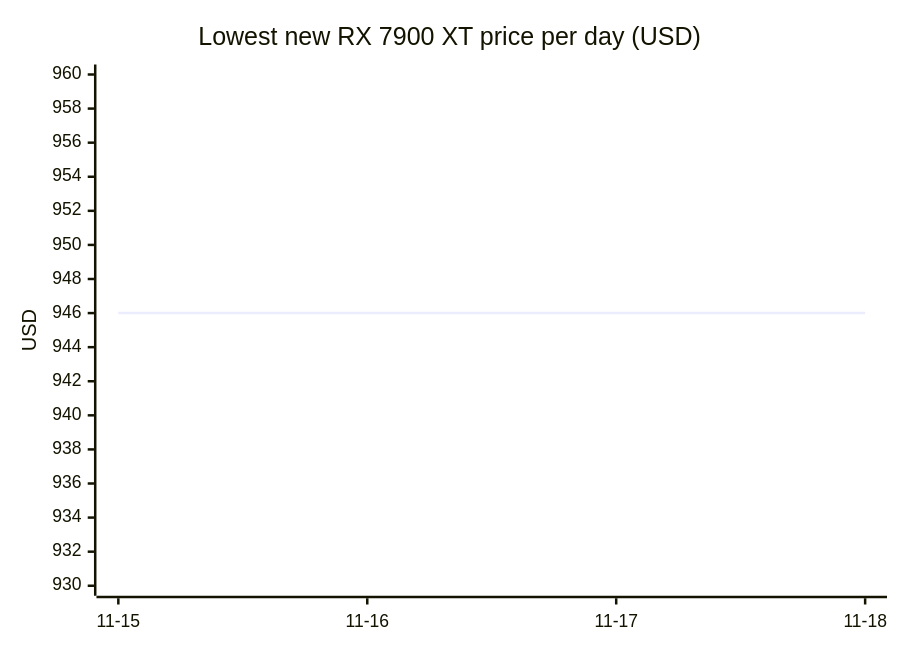
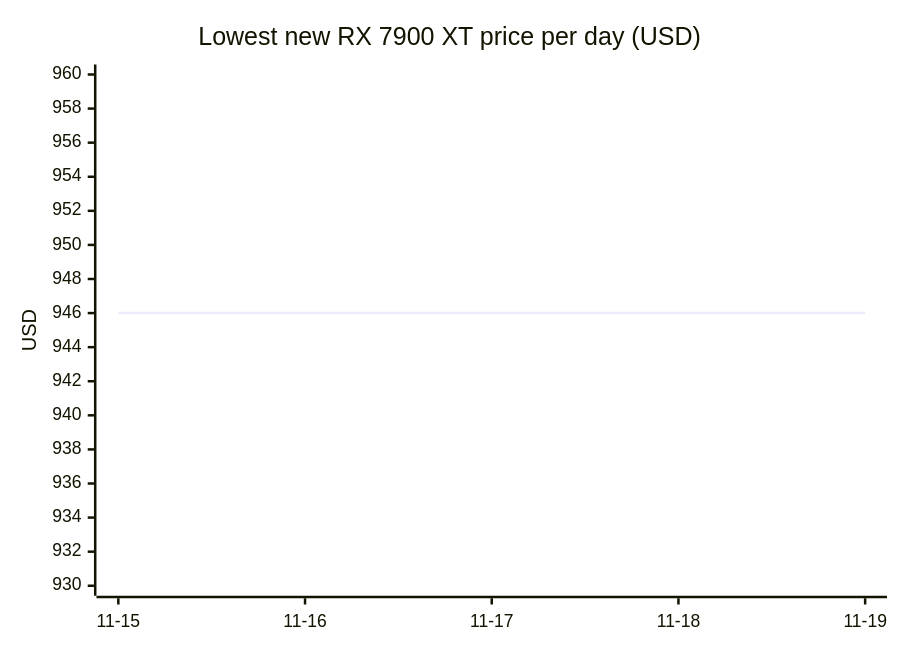
One commit to 7324136828/4tb_ssd_price_watch changed diagram 14 of 18 in README.md. Above: the diagram before and after it, drawn with Mermaid. The commit also changed other lines of this file, not shown here.

````diff
--- a/README.md
+++ b/README.md
@@ -894,7 +974,7 @@
 ```mermaid
 xychart-beta
     title "Lowest new RX 7900 XT price per day (USD)"
-    x-axis ["11-15", "11-16", "11-17", "11-18"]
+    x-axis ["11-15", "11-16", "11-17", "11-18", "11-19"]
     y-axis "USD" 930 --> 960
-    line [946.00, 946.00, 946.00, 946.00]
+    line [946.00, 946.00, 946.00, 946.00, 946.00]
 ```
````
